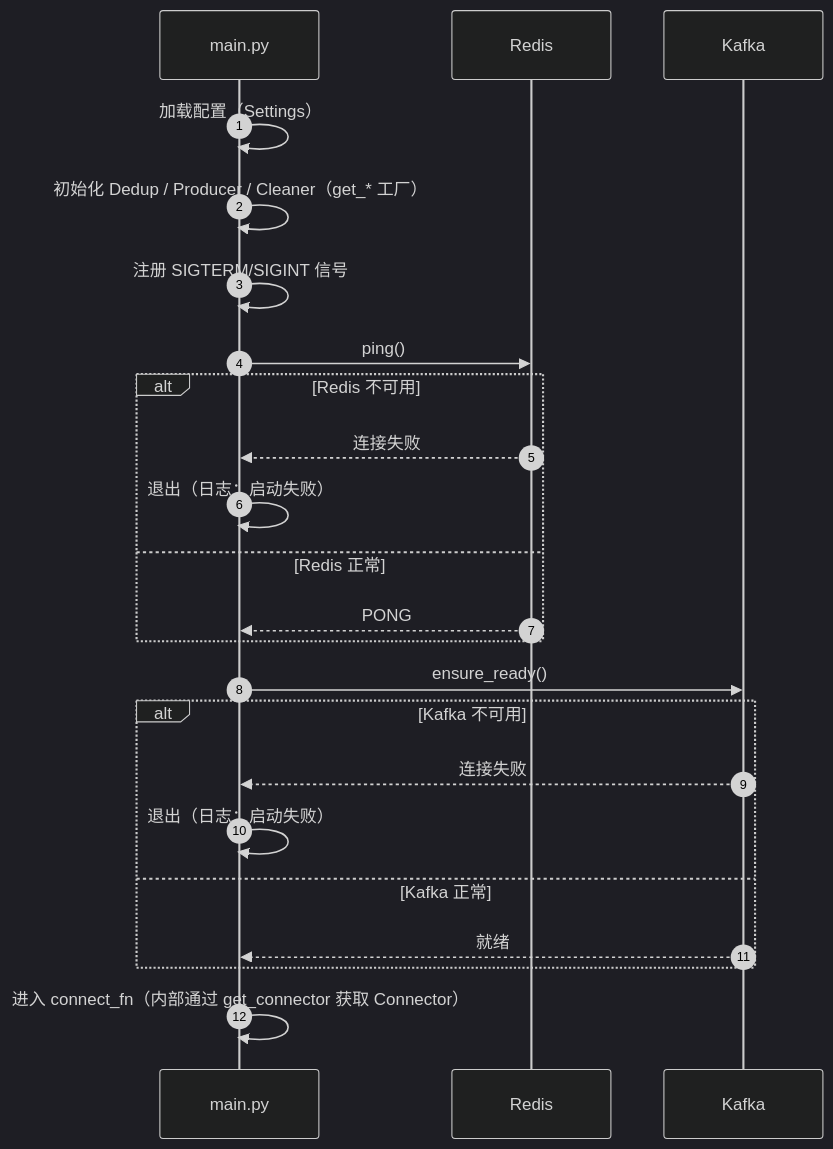
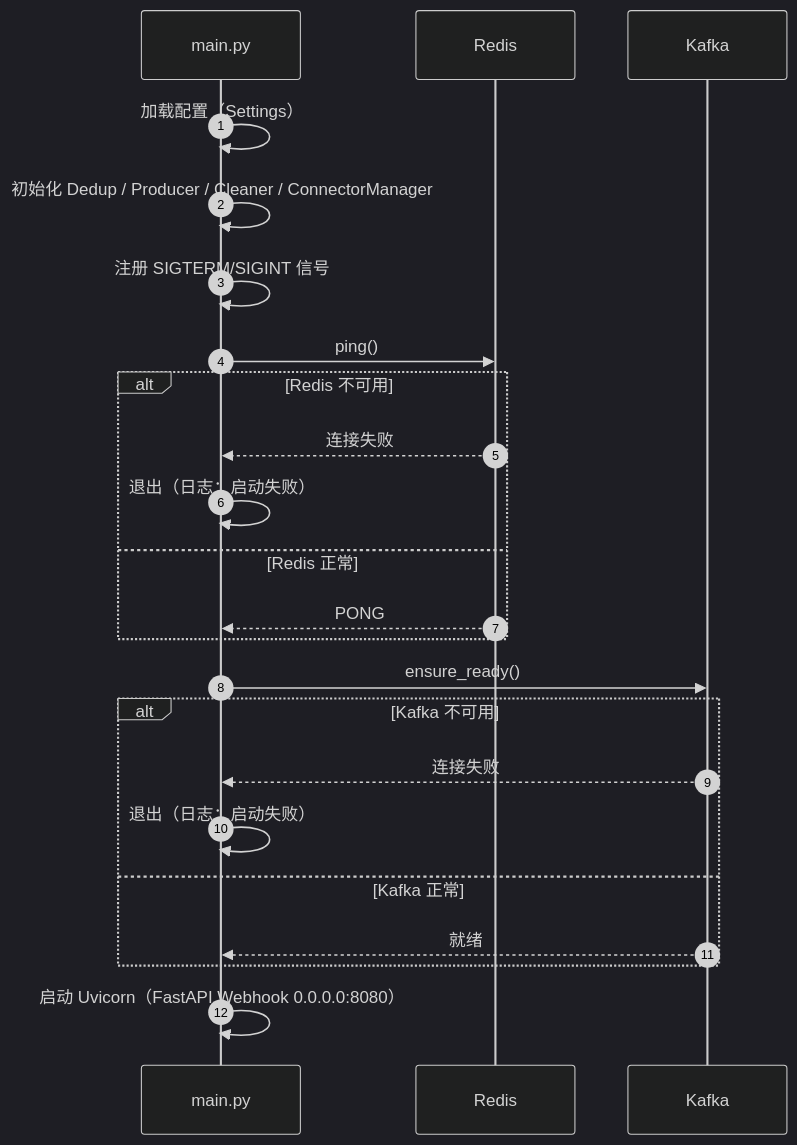
One commit to xiaodouya001/transcribe_service changed the second of 3 diagrams in docs/architecture.md. Above: the diagram before and after it, drawn with Mermaid (dark theme). The commit also changed other lines of this file and 40 other files, not shown here.

````diff
--- a/docs/architecture.md
+++ b/docs/architecture.md
@@ -72,29 +60,29 @@
 ```mermaid
 sequenceDiagram
     autonumber
     participant Main as main.py
     participant Redis as Redis
     participant Kafka as Kafka
 
     Main->>Main: 加载配置（Settings）
-    Main->>Main: 初始化 Dedup / Producer / Cleaner（get_* 工厂）
+    Main->>Main: 初始化 Dedup / Producer / Cleaner / ConnectorManager
     Main->>Main: 注册 SIGTERM/SIGINT 信号
 
     Main->>Redis: ping()
     alt Redis 不可用
         Redis-->>Main: 连接失败
         Main->>Main: 退出（日志：启动失败）
     else Redis 正常
         Redis-->>Main: PONG
     end
 
     Main->>Kafka: ensure_ready()
     alt Kafka 不可用
         Kafka-->>Main: 连接失败
         Main->>Main: 退出（日志：启动失败）
     else Kafka 正常
         Kafka-->>Main: 就绪
     end
 
-    Main->>Main: 进入 connect_fn（内部通过 get_connector 获取 Connector）
+    Main->>Main: 启动 Uvicorn（FastAPI Webhook 0.0.0.0:8080）
 ```
````
